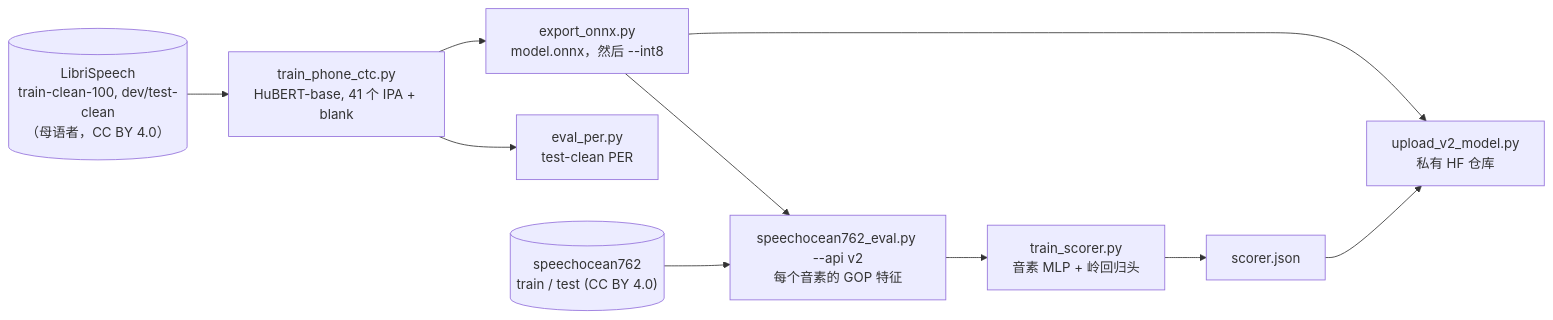
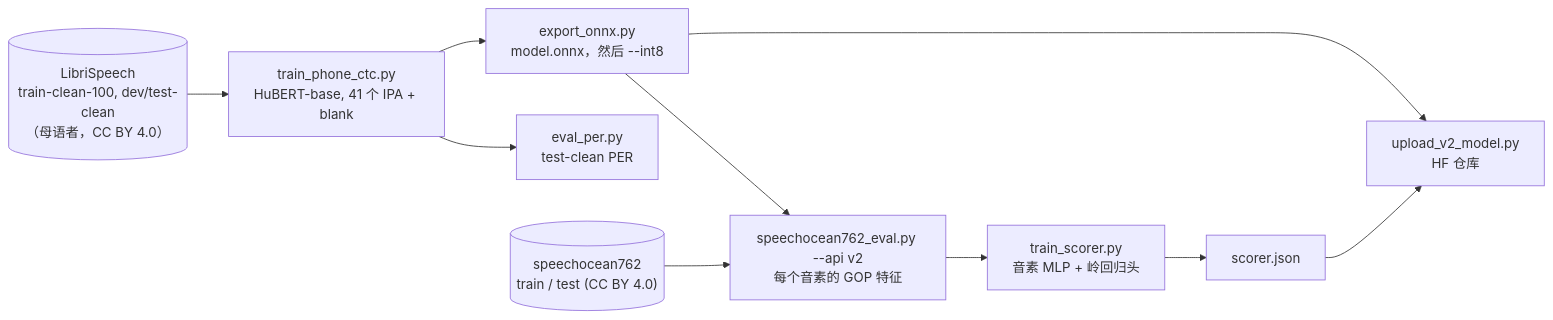
Before and after one commit to dris1153/pronunciation-service: the diagram in languages/zh/docs/training.md, drawn with Mermaid. The commit also changed other lines of this file and 40 other files, not shown here.

````diff
--- a/languages/zh/docs/training.md
+++ b/languages/zh/docs/training.md
@@ -9,12 +9,12 @@
 ```mermaid
 flowchart LR
     ls[("LibriSpeech<br/>train-clean-100, dev/test-clean<br/>（母语者，CC BY 4.0）")] --> ph["train_phone_ctc.py<br/>HuBERT-base, 41 个 IPA + blank"]
     ph --> per["eval_per.py<br/>test-clean PER"]
     ph --> ex["export_onnx.py<br/>model.onnx，然后 --int8"]
     so[("speechocean762<br/>train / test (CC BY 4.0)")] --> feat["speechocean762_eval.py --api v2<br/>每个音素的 GOP 特征"]
     ex --> feat
     feat --> sc["train_scorer.py<br/>音素 MLP + 岭回归头"]
     sc --> js["scorer.json"]
-    ex --> up["upload_v2_model.py<br/>私有 HF 仓库"]
+    ex --> up["upload_v2_model.py<br/>HF 仓库"]
     js --> up
 ```
````
